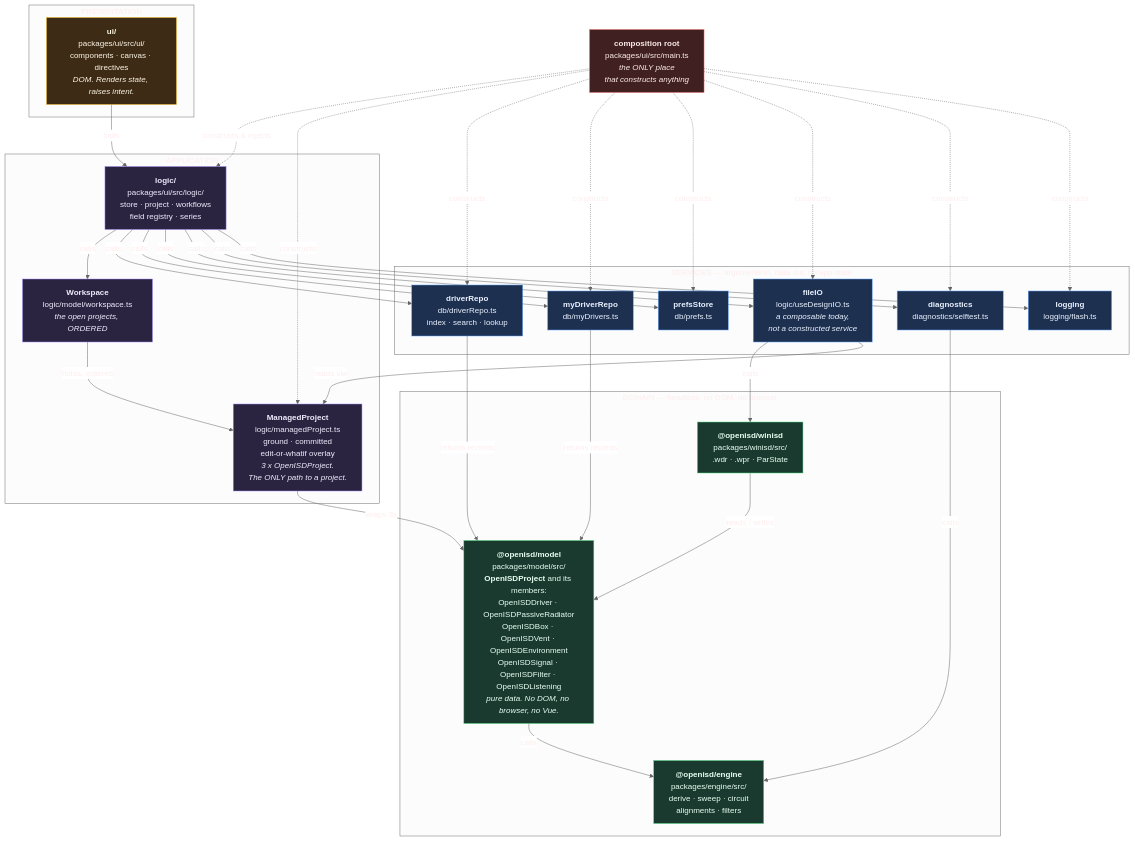
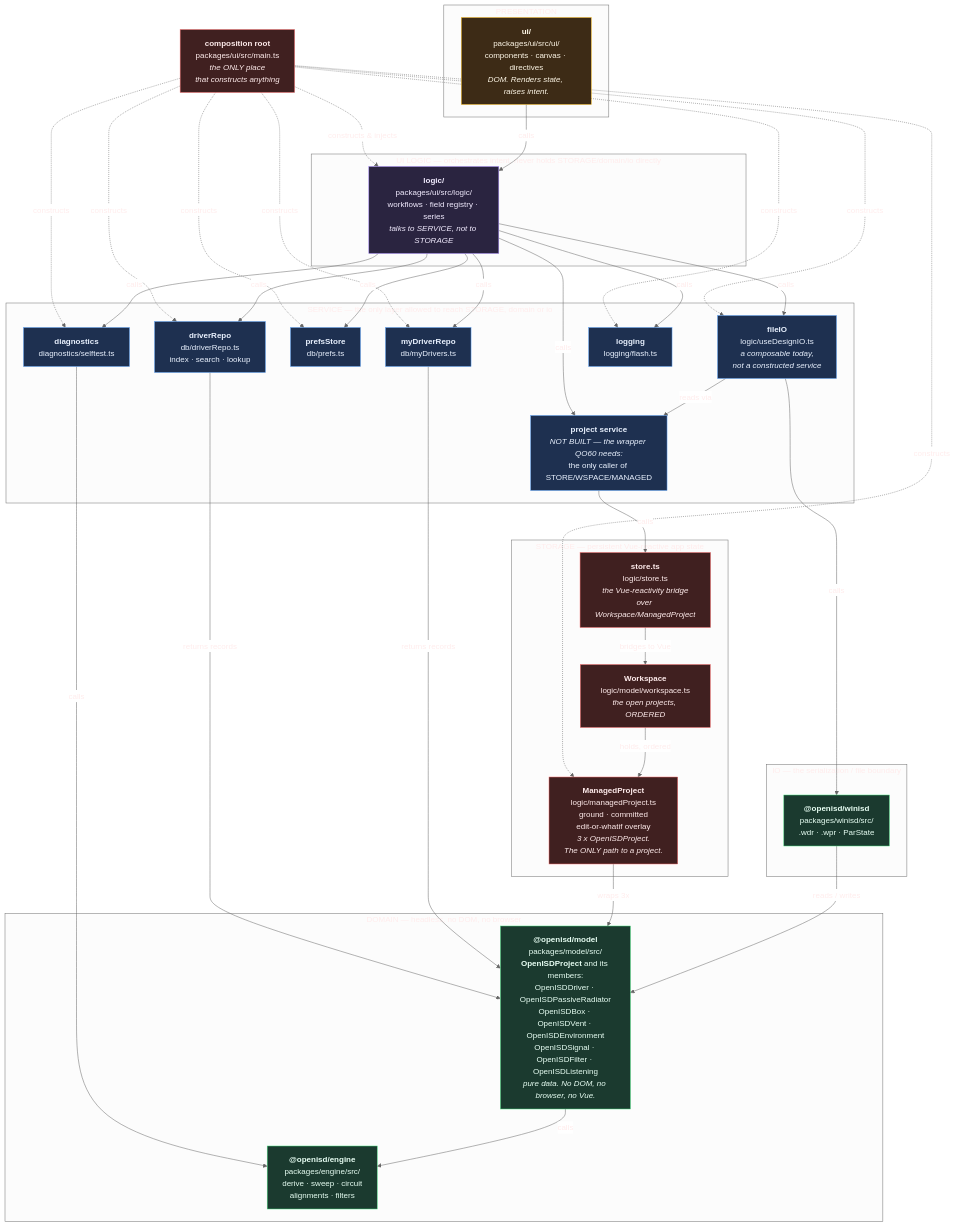
One commit to Johnlon/openisd changed the second of 5 diagrams in ARCHITECTURE.md. Above: the diagram before and after it, drawn with Mermaid (neutral theme). The commit also changed other lines of this file and 9 other files, not shown here.

````diff
--- a/ARCHITECTURE.md
+++ b/ARCHITECTURE.md
@@ -151,67 +159,81 @@
 ```mermaid
 graph TD
     subgraph L1["PRESENTATION"]
         UI["<b>ui/</b><br/>packages/ui/src/ui/<br/>components · canvas · directives<br/><i>DOM. Renders state, raises intent.</i>"]
     end
 
-    subgraph L2["APPLICATION"]
-        LOGIC["<b>logic/</b><br/>packages/ui/src/logic/<br/>store · project · workflows<br/>field registry · series"]
-        WSPACE["<b>Workspace</b><br/>logic/model/workspace.ts<br/><i>the open projects, ORDERED</i>"]
-        MANAGED["<b>ManagedProject</b><br/>logic/managedProject.ts<br/>ground · committed<br/>edit-or-whatif overlay<br/><i>3 x OpenISDProject.<br/>The ONLY path to a project.</i>"]
+    subgraph L2["UI LOGIC — orchestrates intent, never holds STORAGE/domain/io directly"]
+        LOGIC["<b>logic/</b><br/>packages/ui/src/logic/<br/>workflows · field registry · series<br/><i>talks to SERVICE, not to STORAGE</i>"]
     end
 
-    subgraph L3["SERVICES — arguments in, data out, no app state"]
+    subgraph L3["SERVICE — the only layer allowed to reach STORAGE, domain or io"]
         DRIVERREPO["<b>driverRepo</b><br/>db/driverRepo.ts<br/>index · search · lookup"]
         MYREPO["<b>myDriverRepo</b><br/>db/myDrivers.ts"]
         PREFS["<b>prefsStore</b><br/>db/prefs.ts"]
         FILEIO["<b>fileIO</b><br/>logic/useDesignIO.ts<br/><i>a composable today,<br/>not a constructed service</i>"]
         DIAG["<b>diagnostics</b><br/>diagnostics/selftest.ts"]
         LOGGING["<b>logging</b><br/>logging/flash.ts"]
+        PROJSVC["<b>project service</b><br/><i>NOT BUILT — the wrapper QO60 needs:</i><br/>the only caller of STORE/WSPACE/MANAGED"]
     end
 
-    subgraph L4["DOMAIN — headless, no DOM, no browser"]
+    subgraph L4a["STORAGE — persistent Vue-reactive app state"]
+        WSPACE["<b>Workspace</b><br/>logic/model/workspace.ts<br/><i>the open projects, ORDERED</i>"]
+        MANAGED["<b>ManagedProject</b><br/>logic/managedProject.ts<br/>ground · committed<br/>edit-or-whatif overlay<br/><i>3 x OpenISDProject.<br/>The ONLY path to a project.</i>"]
+        STORE["<b>store.ts</b><br/>logic/store.ts<br/><i>the Vue-reactivity bridge<br/>over Workspace/ManagedProject</i>"]
+    end
+
+    subgraph L4b["DOMAIN — headless, no DOM, no browser"]
         MODEL["<b>@openisd/model</b><br/>packages/model/src/<br/><b>OpenISDProject</b> and its members:<br/>OpenISDDriver · OpenISDPassiveRadiator<br/>OpenISDBox · OpenISDVent · OpenISDEnvironment<br/>OpenISDSignal · OpenISDFilter · OpenISDListening<br/><i>pure data. No DOM, no browser, no Vue.</i>"]
         ENGINE["<b>@openisd/engine</b><br/>packages/engine/src/<br/>derive · sweep · circuit<br/>alignments · filters"]
+    end
+
+    subgraph L4c["IO — the serialization / file boundary"]
         SERIAL["<b>@openisd/winisd</b><br/>packages/winisd/src/<br/>.wdr · .wpr · ParState"]
     end
 
     ROOT["<b>composition root</b><br/>packages/ui/src/main.ts<br/><i>the ONLY place<br/>that constructs anything</i>"]
 
     ROOT -. "constructs & injects" .-> LOGIC
     ROOT -. "constructs" .-> MANAGED
     ROOT -. "constructs" .-> DRIVERREPO
     ROOT -. "constructs" .-> MYREPO
     ROOT -. "constructs" .-> PREFS
     ROOT -. "constructs" .-> FILEIO
     ROOT -. "constructs" .-> DIAG
     ROOT -. "constructs" .-> LOGGING
 
     UI -->|calls| LOGIC
-    LOGIC -->|calls| WSPACE
-    WSPACE -->|"holds, ordered"| MANAGED
+    LOGIC -->|calls| PROJSVC
     LOGIC -->|calls| DRIVERREPO
     LOGIC -->|calls| MYREPO
     LOGIC -->|calls| PREFS
     LOGIC -->|calls| FILEIO
     LOGIC -->|calls| DIAG
     LOGIC -->|calls| LOGGING
-    MANAGED -->|"wraps 3x"| MODEL
+    PROJSVC -->|calls| STORE
+    STORE -->|"bridges to Vue"| WSPACE
+    WSPACE -->|"holds, ordered"| MANAGED
     DRIVERREPO -->|"returns records"| MODEL
     MYREPO -->|"returns records"| MODEL
     FILEIO -->|calls| SERIAL
-    FILEIO -->|"reads via"| MANAGED
+    FILEIO -->|"reads via"| PROJSVC
     DIAG -->|calls| ENGINE
+    MANAGED -->|"wraps 3x"| MODEL
     MODEL -->|calls| ENGINE
     SERIAL -->|"reads / writes"| MODEL
 
     classDef pres fill:#3d2b16,stroke:#fbbf24,color:#fff8e8
     classDef app fill:#2a2440,stroke:#a78bfa,color:#f2ecff
     classDef svc fill:#1e3050,stroke:#60a5fa,color:#eaf2ff
+    classDef storage fill:#402020,stroke:#f87171,color:#ffecec
     classDef dom fill:#1b3a2f,stroke:#4ade80,color:#e8fff4
+    classDef io fill:#1b3a2f,stroke:#4ade80,color:#e8fff4
     classDef root fill:#402020,stroke:#f87171,color:#ffecec
     class UI pres
-    class LOGIC,WSPACE,MANAGED app
-    class DRIVERREPO,MYREPO,PREFS,FILEIO,DIAG,LOGGING svc
-    class MODEL,ENGINE,SERIAL dom
+    class LOGIC app
+    class DRIVERREPO,MYREPO,PREFS,FILEIO,DIAG,LOGGING,PROJSVC svc
+    class WSPACE,MANAGED,STORE storage
+    class MODEL,ENGINE dom
+    class SERIAL io
     class ROOT root
 ```
````
